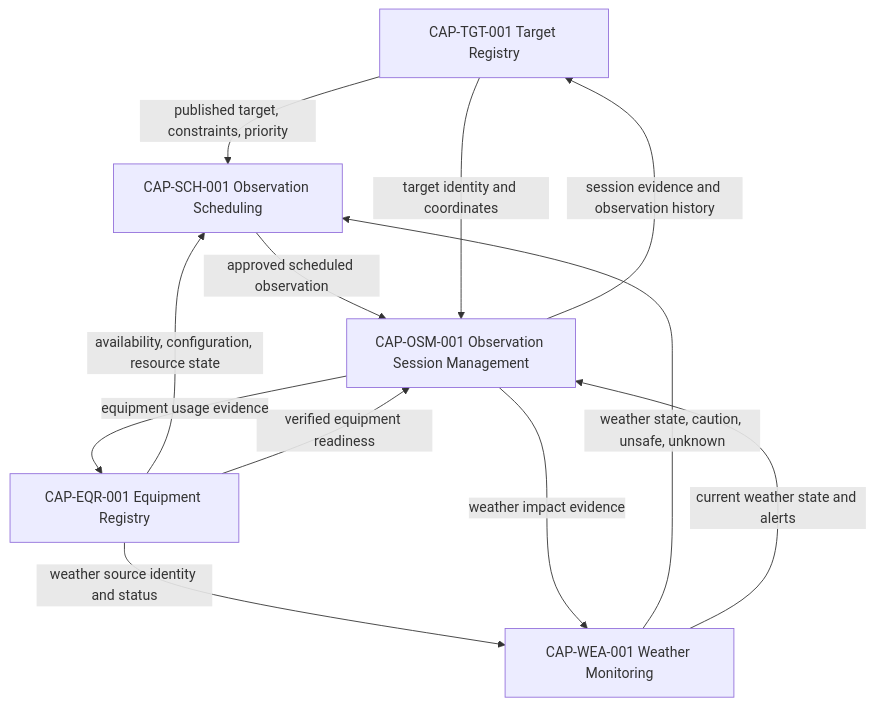
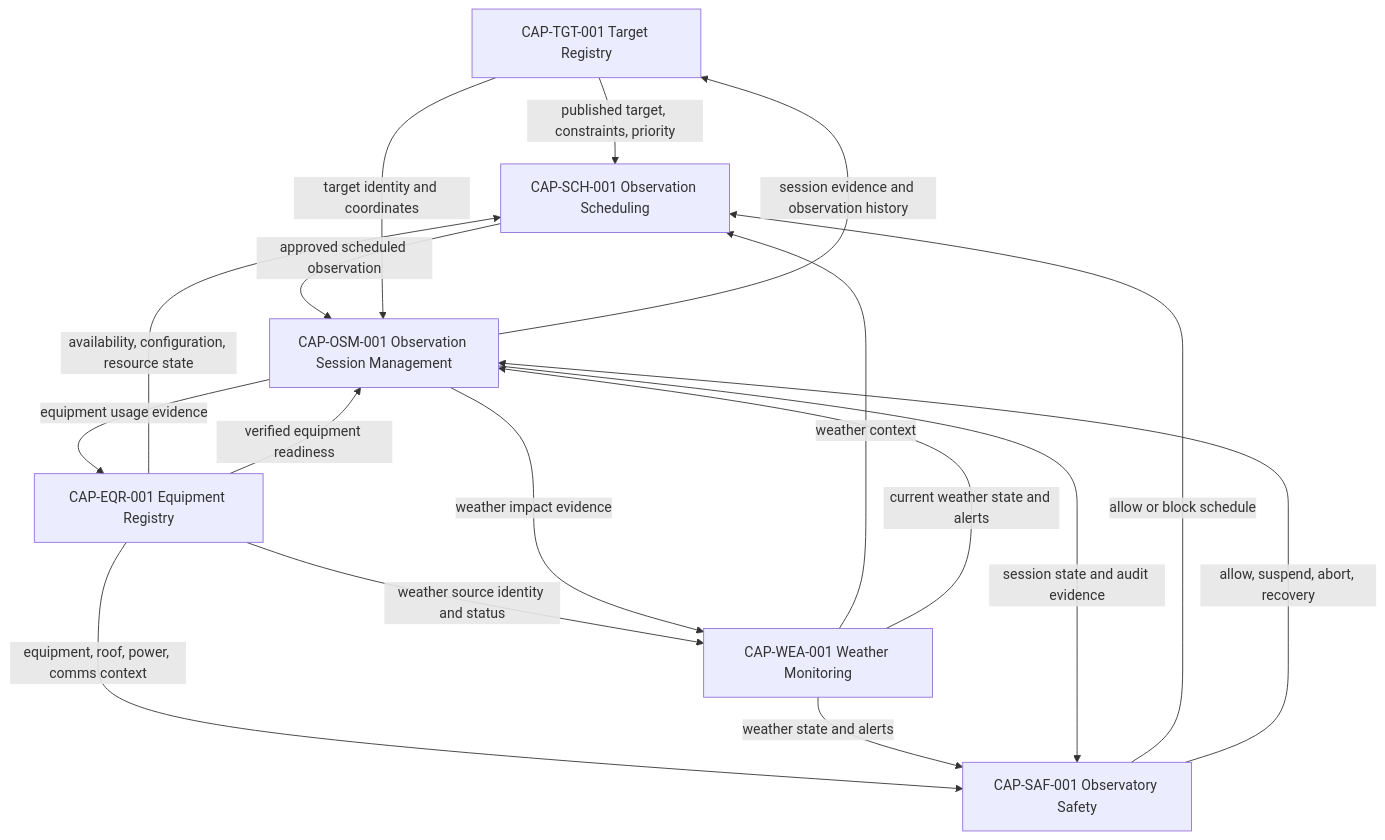
The first of 2 diagrams in docs/domains/DOM-001-core-observatory-domain.md (maininimassimo-bit/digital-stargate-manual), drawn with Mermaid before and after one commit. The commit also changed other lines of this file, not shown here.

Commit message:
docs: include observatory safety in core observatory domain

````diff
--- a/docs/domains/DOM-001-core-observatory-domain.md
+++ b/docs/domains/DOM-001-core-observatory-domain.md
@@ -92,19 +95,25 @@
 ```mermaid
 flowchart TD
     TGT[CAP-TGT-001 Target Registry]
     EQR[CAP-EQR-001 Equipment Registry]
     WEA[CAP-WEA-001 Weather Monitoring]
+    SAF[CAP-SAF-001 Observatory Safety]
     SCH[CAP-SCH-001 Observation Scheduling]
     OSM[CAP-OSM-001 Observation Session Management]
     TGT -->|published target, constraints, priority| SCH
     EQR -->|availability, configuration, resource state| SCH
+    EQR -->|equipment, roof, power, comms context| SAF
     EQR -->|weather source identity and status| WEA
-    WEA -->|weather state, caution, unsafe, unknown| SCH
+    WEA -->|weather state and alerts| SAF
+    WEA -->|weather context| SCH
+    SAF -->|allow or block schedule| SCH
     SCH -->|approved scheduled observation| OSM
     TGT -->|target identity and coordinates| OSM
     EQR -->|verified equipment readiness| OSM
     WEA -->|current weather state and alerts| OSM
+    SAF -->|allow, suspend, abort, recovery| OSM
     OSM -->|session evidence and observation history| TGT
     OSM -->|equipment usage evidence| EQR
     OSM -->|weather impact evidence| WEA
+    OSM -->|session state and audit evidence| SAF
 ```
````
